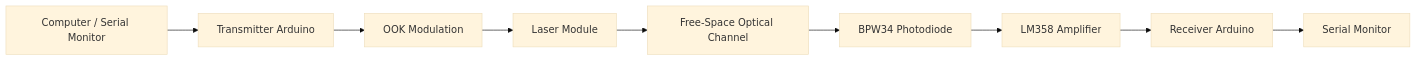
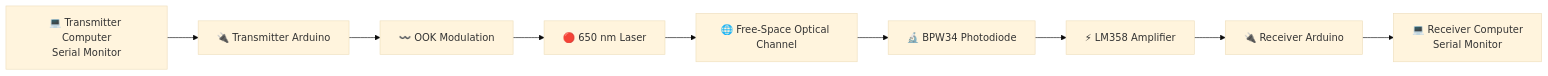
One commit to mtalha05-phy/free-space-optical-communication-arduino-uno changed the diagram in free-space-optical-communication-arduino/README.md. Above: the diagram before and after it, drawn with Mermaid (base theme). The commit also changed other lines of this file, not shown here.

````diff
--- a/free-space-optical-communication-arduino/README.md
+++ b/free-space-optical-communication-arduino/README.md
@@ -47,11 +93,22 @@
 ```mermaid
 flowchart LR
-    A[Computer / Serial Monitor] --> B[Transmitter Arduino]
-    B --> C[OOK Modulation]
-    C --> D[Laser Module]
-    D --> E[Free-Space Optical Channel]
-    E --> F[BPW34 Photodiode]
-    F --> G[LM358 Amplifier]
-    G --> H[Receiver Arduino]
-    H --> I[Serial Monitor]
+
+    A["💻 Transmitter Computer<br/>Serial Monitor"]
+    B["🔌 Transmitter Arduino"]
+    C["〰️ OOK Modulation"]
+    D["🔴 650 nm Laser"]
+    E["🌐 Free-Space Optical Channel"]
+    F["🔬 BPW34 Photodiode"]
+    G["⚡ LM358 Amplifier"]
+    H["🔌 Receiver Arduino"]
+    I["💻 Receiver Computer<br/>Serial Monitor"]
+
+    A --> B
+    B --> C
+    C --> D
+    D --> E
+    E --> F
+    F --> G
+    G --> H
+    H --> I
 ```
````
